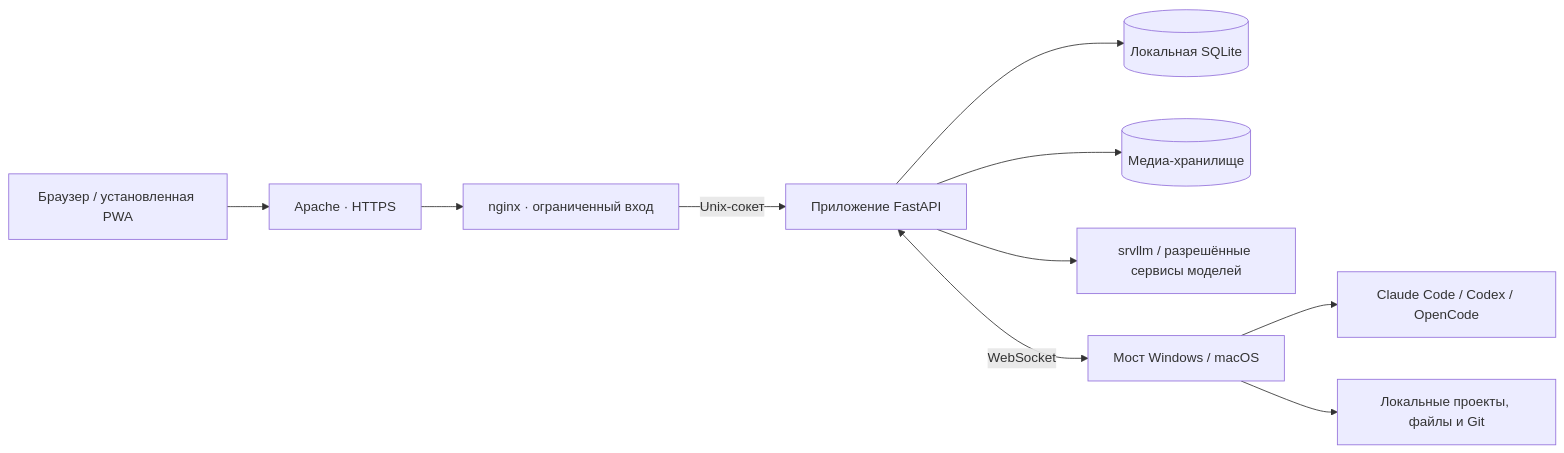
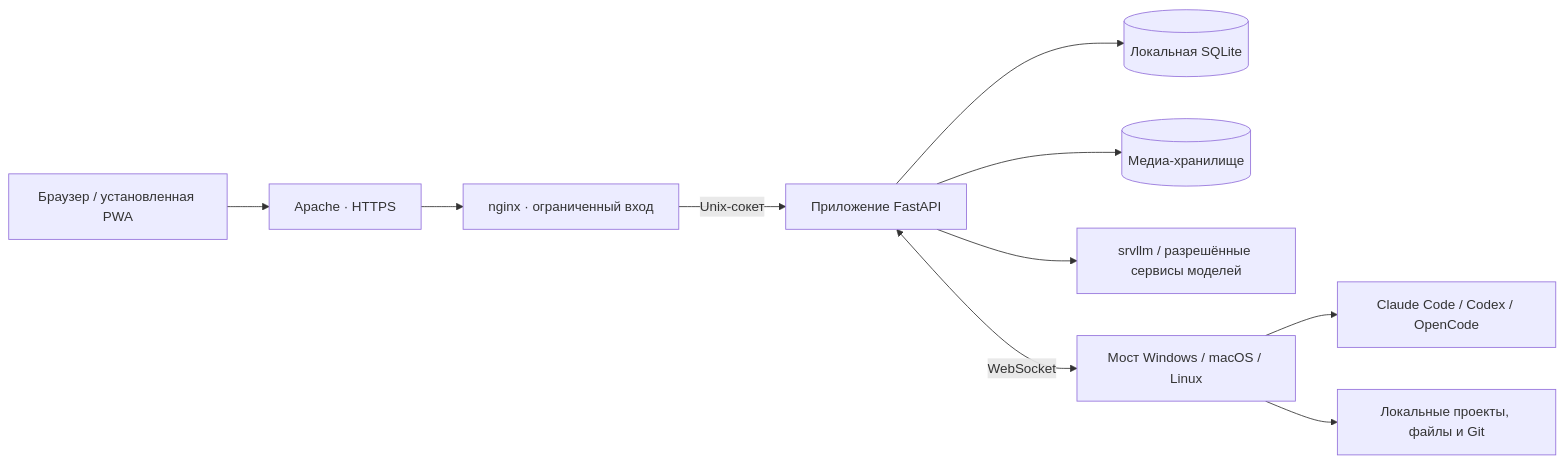
One commit to guru431/studio changed the diagram in README.ru.md. Above: the diagram before and after it, drawn with Mermaid. The commit also changed other lines of this file and 78 other files, not shown here.

````diff
--- a/README.ru.md
+++ b/README.ru.md
@@ -218,12 +218,12 @@
 ```mermaid
 flowchart LR
     UI["Браузер / установленная PWA"] --> HTTPS["Apache · HTTPS"]
     HTTPS --> NGINX["nginx · ограниченный вход"]
     NGINX -->|Unix-сокет| APP["Приложение FastAPI"]
     APP --> DB[("Локальная SQLite")]
     APP --> MEDIA[("Медиа-хранилище")]
     APP --> MODELS["srvllm / разрешённые сервисы моделей"]
-    APP <-->|WebSocket| BRIDGE["Мост Windows / macOS"]
+    APP <-->|WebSocket| BRIDGE["Мост Windows / macOS / Linux"]
     BRIDGE --> CLI["Claude Code / Codex / OpenCode"]
     BRIDGE --> PROJECTS["Локальные проекты, файлы и Git"]
 ```
````
